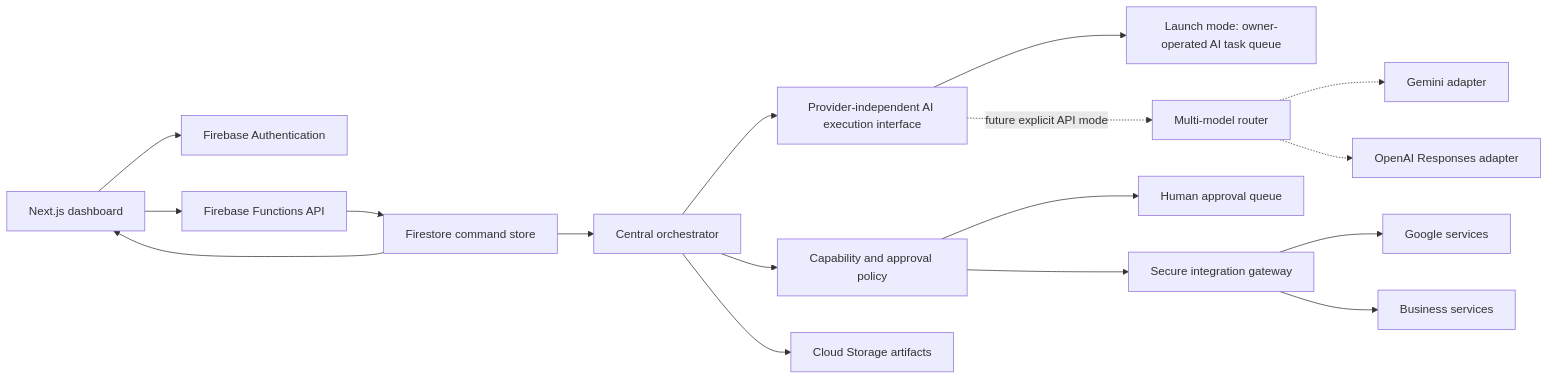
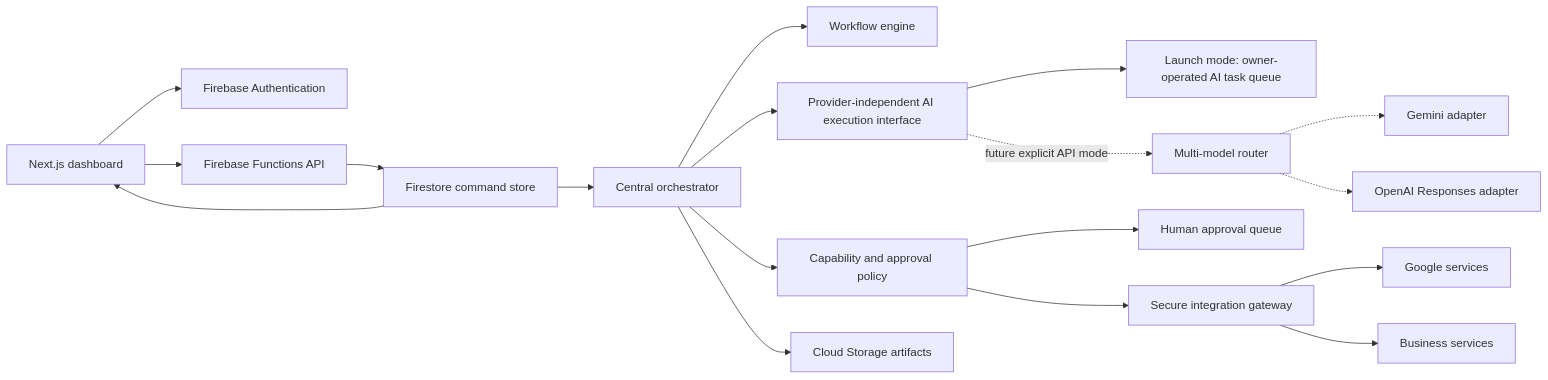
Before and after one commit to Iantebi/pageloom-os: the diagram in docs/ARCHITECTURE.md, drawn with Mermaid. The commit also changed other lines of this file and 1 other file, not shown here.

````diff
--- a/docs/ARCHITECTURE.md
+++ b/docs/ARCHITECTURE.md
@@ -5,19 +24,20 @@
 ```mermaid
 flowchart LR
   UI["Next.js dashboard"] --> AUTH["Firebase Authentication"]
   UI --> API["Firebase Functions API"]
   API --> DB["Firestore command store"]
   DB --> O["Central orchestrator"]
+  O --> WE["Workflow engine"]
   O --> X["Provider-independent AI execution interface"]
   X --> MQ["Launch mode: owner-operated AI task queue"]
   X -. "future explicit API mode" .-> R["Multi-model router"]
   R -.-> GM["Gemini adapter"]
   R -.-> OA["OpenAI Responses adapter"]
   O --> P["Capability and approval policy"]
   P --> A["Human approval queue"]
   P --> G["Secure integration gateway"]
   G --> GS["Google services"]
   G --> BI["Business services"]
   O --> ST["Cloud Storage artifacts"]
   DB --> UI
 ```
````
